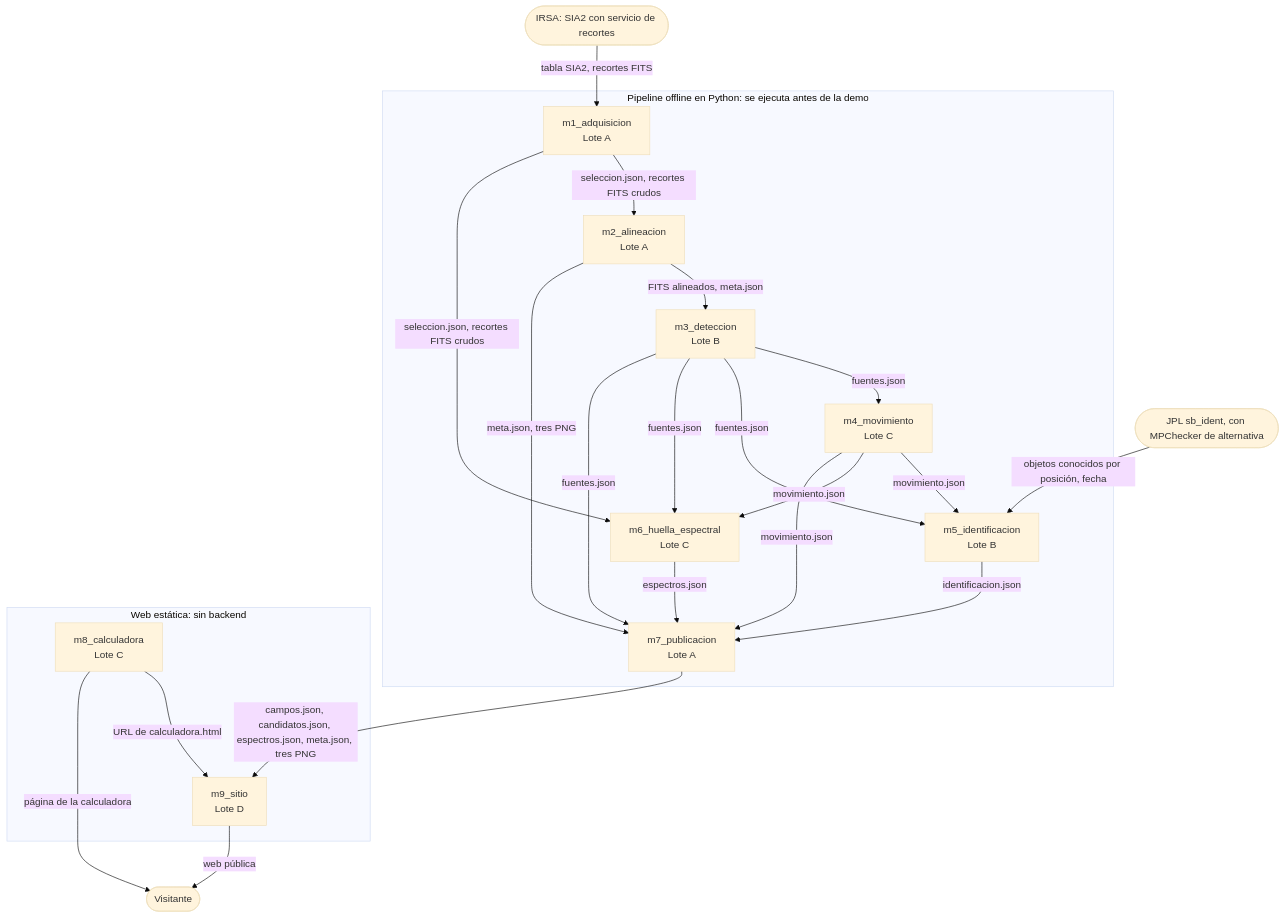
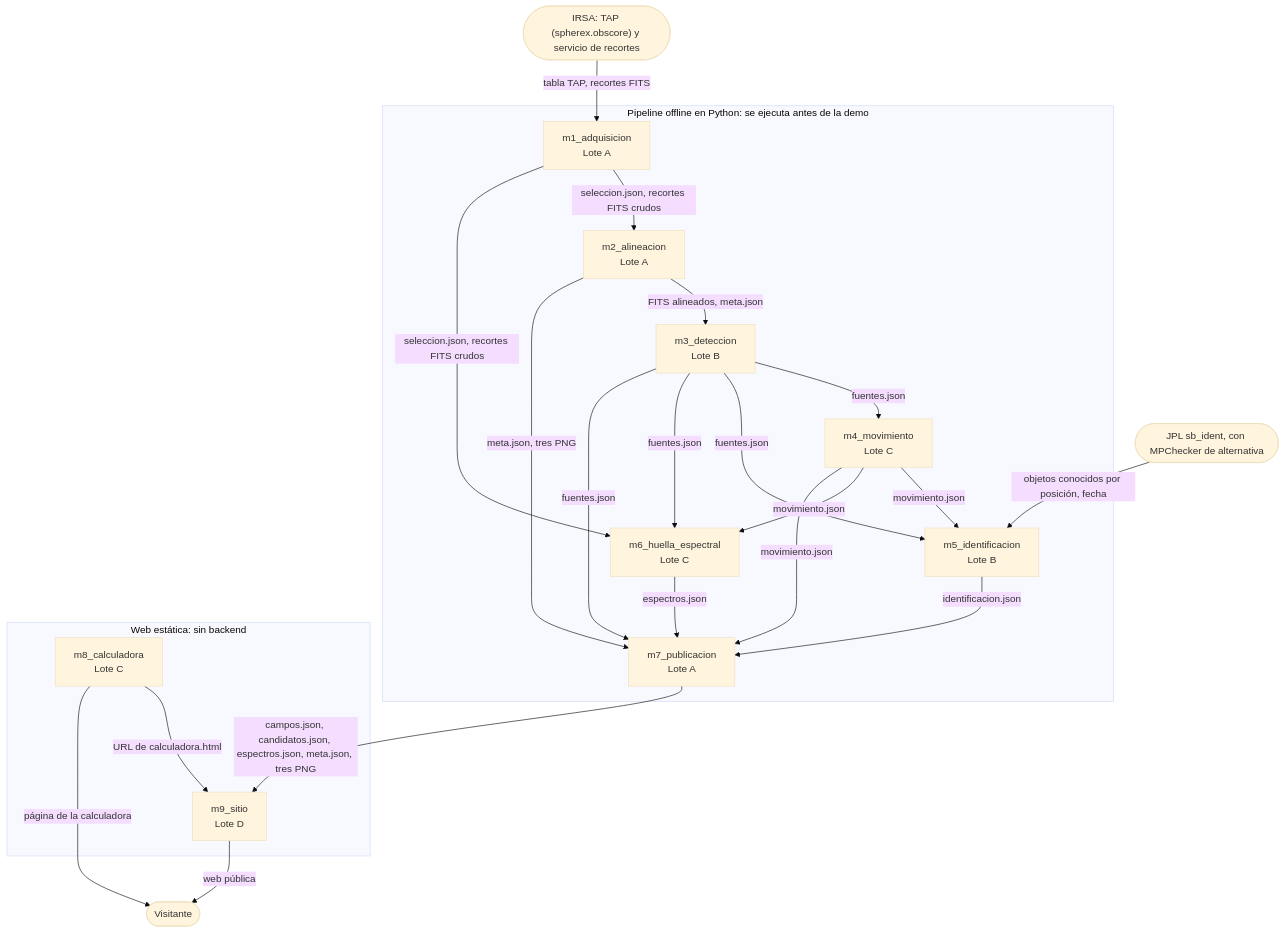
One commit to Beltranpcb/AstroNova changed the first of 19 diagrams in ARQUITECTURA.md. Above: the diagram before and after it, drawn with Mermaid (base theme). The commit also changed other lines of this file and 1 other file, not shown here.

````diff
--- a/ARQUITECTURA.md
+++ b/ARQUITECTURA.md
@@ -40,38 +40,38 @@
 ```mermaid
 flowchart TD
-  IRSA(["IRSA: SIA2 con servicio de recortes"])
+  IRSA(["IRSA: TAP (spherex.obscore) y servicio de recortes"])
   JPL(["JPL sb_ident, con MPChecker de alternativa"])
   subgraph OFF["Pipeline offline en Python: se ejecuta antes de la demo"]
     m1_adquisicion["m1_adquisicion<br/>Lote A"]
     m2_alineacion["m2_alineacion<br/>Lote A"]
     m3_deteccion["m3_deteccion<br/>Lote B"]
     m4_movimiento["m4_movimiento<br/>Lote C"]
     m5_identificacion["m5_identificacion<br/>Lote B"]
     m6_huella_espectral["m6_huella_espectral<br/>Lote C"]
     m7_publicacion["m7_publicacion<br/>Lote A"]
   end
   subgraph WEB["Web estática: sin backend"]
     m8_calculadora["m8_calculadora<br/>Lote C"]
     m9_sitio["m9_sitio<br/>Lote D"]
   end
   VIS(["Visitante"])
-  IRSA -->|"tabla SIA2, recortes FITS"| m1_adquisicion
+  IRSA -->|"tabla TAP, recortes FITS"| m1_adquisicion
   m1_adquisicion -->|"seleccion.json, recortes FITS crudos"| m2_alineacion
   m1_adquisicion -->|"seleccion.json, recortes FITS crudos"| m6_huella_espectral
   m2_alineacion -->|"FITS alineados, meta.json"| m3_deteccion
   m2_alineacion -->|"meta.json, tres PNG"| m7_publicacion
   m3_deteccion -->|"fuentes.json"| m4_movimiento
   m3_deteccion -->|"fuentes.json"| m5_identificacion
   m3_deteccion -->|"fuentes.json"| m6_huella_espectral
   m3_deteccion -->|"fuentes.json"| m7_publicacion
   m4_movimiento -->|"movimiento.json"| m5_identificacion
   m4_movimiento -->|"movimiento.json"| m6_huella_espectral
   m4_movimiento -->|"movimiento.json"| m7_publicacion
   JPL -->|"objetos conocidos por posición, fecha"| m5_identificacion
   m5_identificacion -->|"identificacion.json"| m7_publicacion
   m6_huella_espectral -->|"espectros.json"| m7_publicacion
   m7_publicacion -->|"campos.json, candidatos.json, espectros.json, meta.json, tres PNG"| m9_sitio
   m8_calculadora -->|"URL de calculadora.html"| m9_sitio
   m9_sitio -->|"web pública"| VIS
   m8_calculadora -->|"página de la calculadora"| VIS
 ```
````
